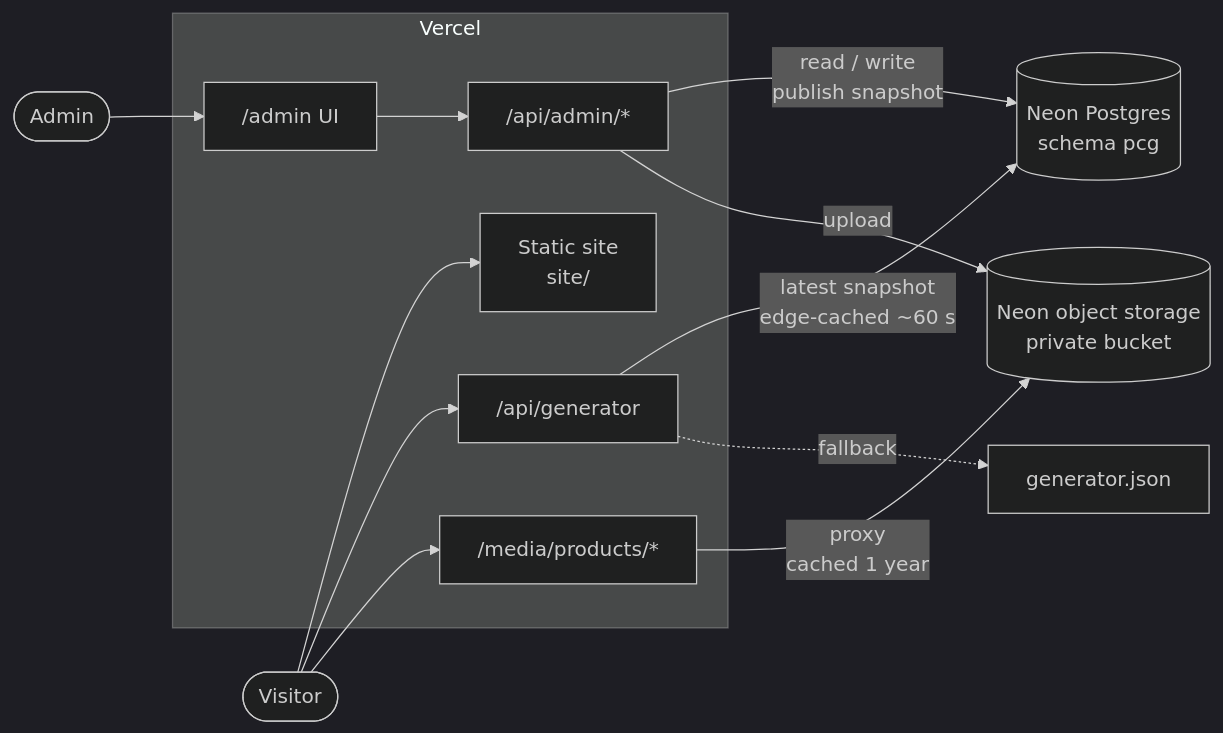
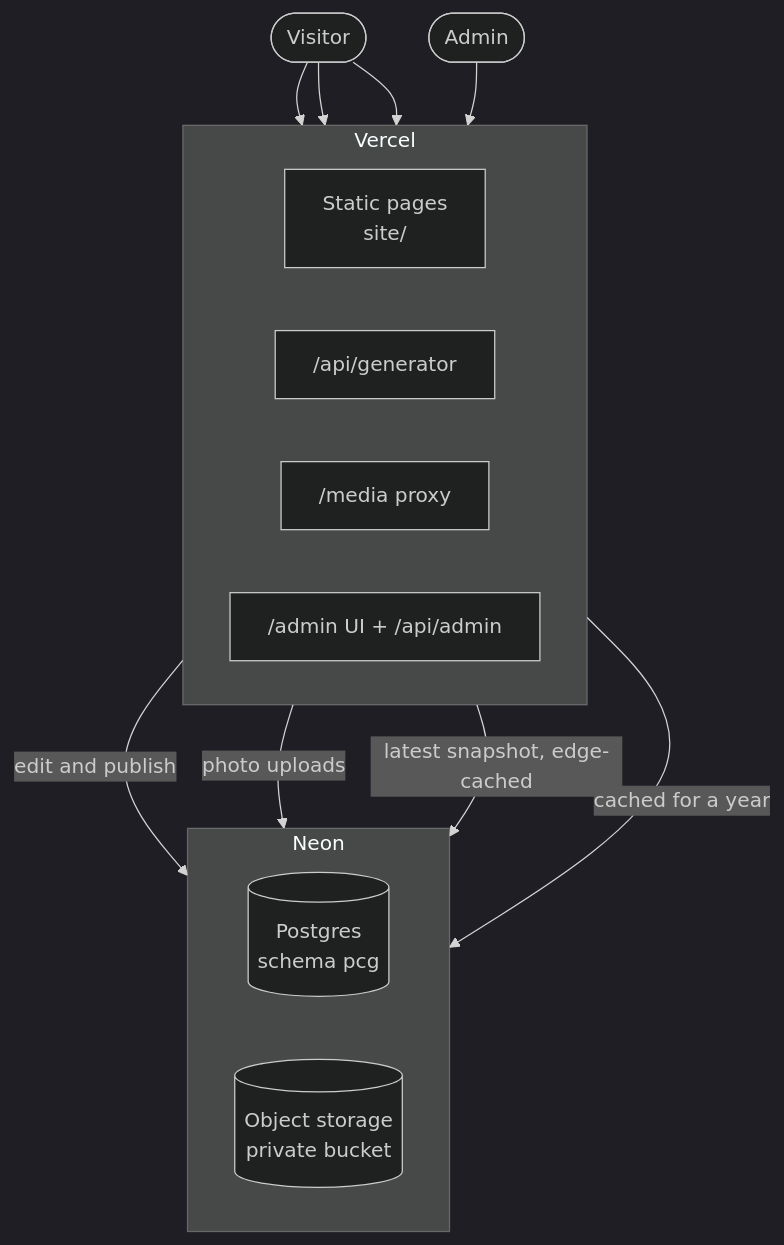
Before and after one commit to darkxgs/neowave-site: the diagram in README.md, drawn with Mermaid (dark theme). The commit also changed other lines of this file and 3 other files, not shown here.

Commit message:
Improve README: before and after, cleaner architecture diagram, even screenshot grid

````diff
--- a/README.md
+++ b/README.md
@@ -122,21 +126,28 @@
 ```mermaid
-flowchart LR
-    V([Visitor]) --> S["Static site<br/>site/"]
-    V --> G["/api/generator"]
-    V --> M["/media/products/*"]
-    A([Admin]) --> AD["/admin UI"] --> API["/api/admin/*"]
+flowchart TB
+    visitor([Visitor])
+    admin([Admin])
 
-    subgraph Vercel
-      S
-      G
-      M
-      AD
-      API
+    subgraph vercel [Vercel]
+        direction LR
+        pages["Static pages<br/>site/"]
+        genapi["/api/generator"]
+        media["/media proxy"]
+        adminapi["/admin UI + /api/admin"]
     end
 
-    API -- "read / write<br/>publish snapshot" --> DB[(Neon Postgres<br/>schema pcg)]
-    G -- "latest snapshot<br/>edge-cached ~60 s" --> DB
-    API -- upload --> OS[(Neon object storage<br/>private bucket)]
-    M -- "proxy<br/>cached 1 year" --> OS
-    G -. "fallback" .-> F[generator.json]
+    subgraph neon [Neon]
+        direction LR
+        db[("Postgres<br/>schema pcg")]
+        bucket[("Object storage<br/>private bucket")]
+    end
+
+    visitor --> pages
+    visitor --> genapi
+    visitor --> media
+    admin --> adminapi
+    adminapi -- "edit and publish" --> db
+    adminapi -- "photo uploads" --> bucket
+    genapi -- "latest snapshot, edge-cached" --> db
+    media -- "cached for a year" --> bucket
 ```
````
